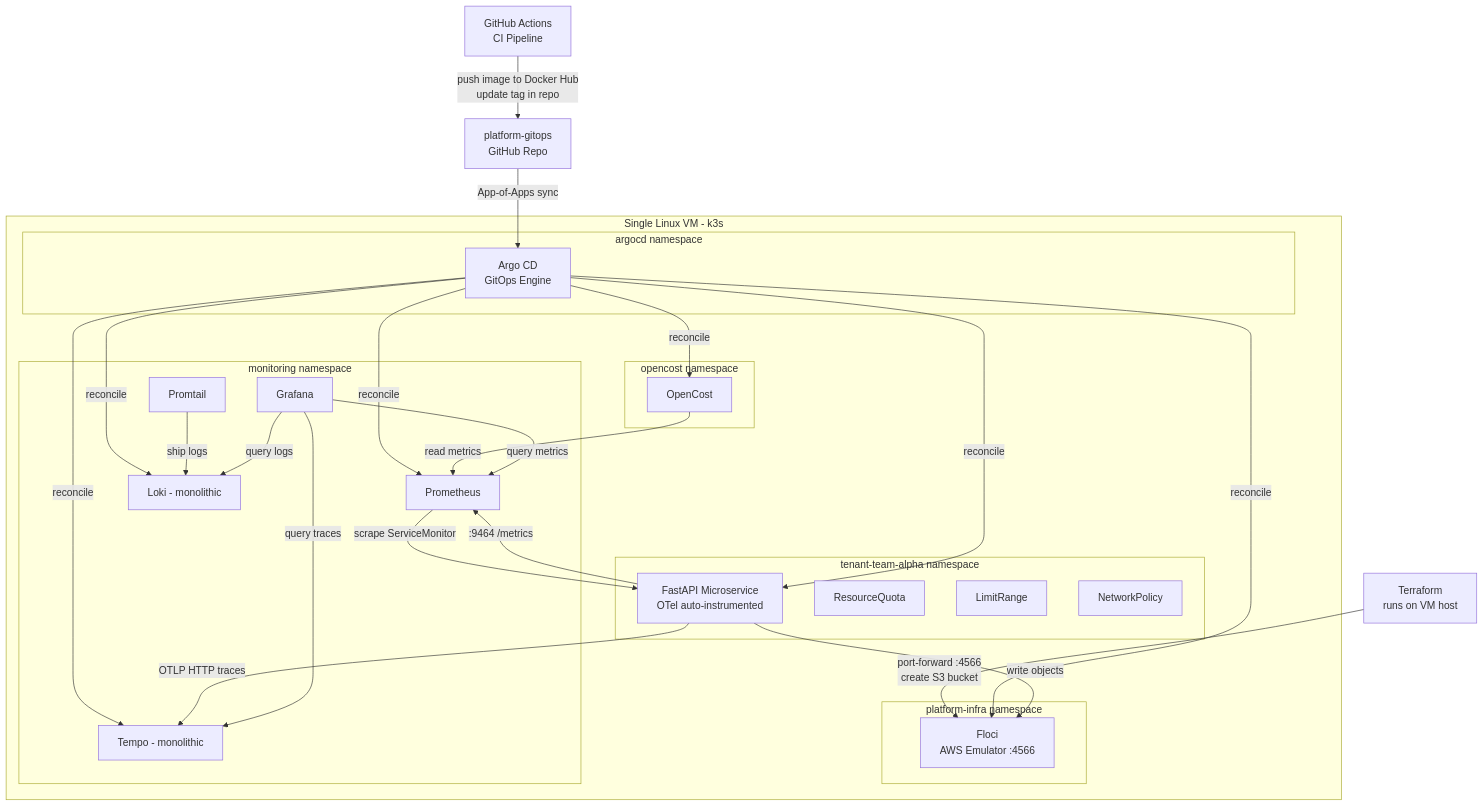
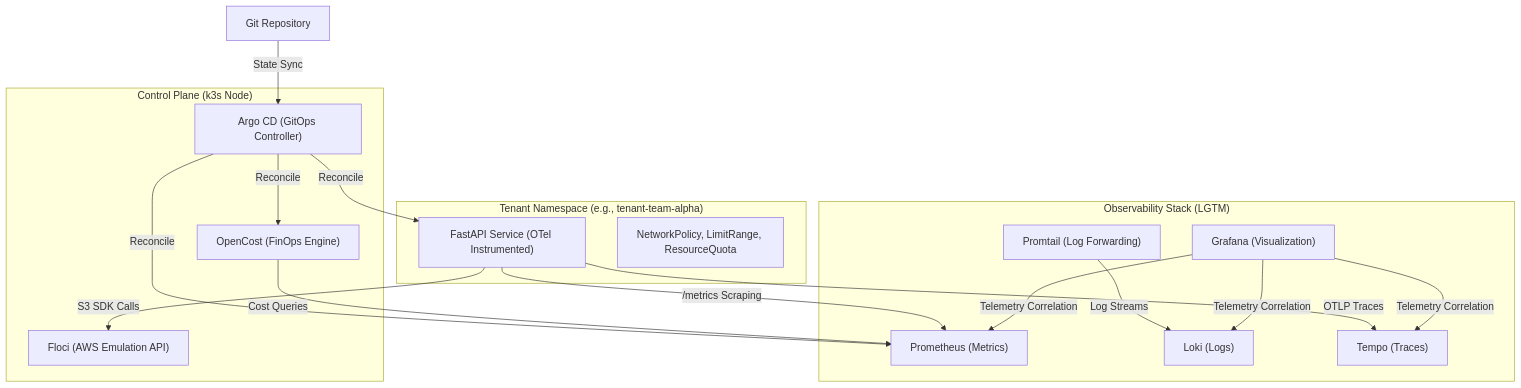
Before and after one commit to barbaria888/FrugalZeus: the diagram in README.md, drawn with Mermaid. The commit also changed other lines of this file and 14 other files, not shown here.

````diff
--- a/README.md
+++ b/README.md
@@ -49,46 +13,34 @@
 ```mermaid
 graph TB
-    subgraph "Single Linux VM - k3s"
-        subgraph "argocd namespace"
-            ArgoCD["Argo CD<br/>GitOps Engine"]
-        end
-        subgraph "platform-infra namespace"
-            Floci["Floci<br/>AWS Emulator :4566"]
-        end
-        subgraph "monitoring namespace"
-            Prom["Prometheus"]
-            Grafana["Grafana"]
-            Loki["Loki - monolithic"]
-            Tempo["Tempo - monolithic"]
-            Promtail["Promtail"]
-        end
-        subgraph "opencost namespace"
-            OC["OpenCost"]
-        end
-        subgraph "tenant-team-alpha namespace"
-            App["FastAPI Microservice<br/>OTel auto-instrumented"]
-            Quota["ResourceQuota"]
-            Limits["LimitRange"]
-            NetPol["NetworkPolicy"]
-        end
+    subgraph "Control Plane (k3s Node)"
+        ArgoCD["Argo CD (GitOps Controller)"]
+        Floci["Floci (AWS Emulation API)"]
+        OC["OpenCost (FinOps Engine)"]
     end
 
-    TF["Terraform<br/>runs on VM host"] -->|"port-forward :4566<br/>create S3 bucket"| Floci
-    GH["GitHub Actions<br/>CI Pipeline"] -->|"push image to Docker Hub<br/>update tag in repo"| GitRepo["platform-gitops<br/>GitHub Repo"]
-    GitRepo -->|"App-of-Apps sync"| ArgoCD
-    ArgoCD -->|"reconcile"| Floci
-    ArgoCD -->|"reconcile"| Prom
-    ArgoCD -->|"reconcile"| Loki
-    ArgoCD -->|"reconcile"| Tempo
-    ArgoCD -->|"reconcile"| OC
-    ArgoCD -->|"reconcile"| App
-    App -->|"write objects"| Floci
-    App -->|"OTLP HTTP traces"| Tempo
-    App -->|":9464 /metrics"| Prom
-    Prom -->|"scrape ServiceMonitor"| App
-    Promtail -->|"ship logs"| Loki
-    OC -->|"read metrics"| Prom
-    Grafana -->|"query metrics"| Prom
-    Grafana -->|"query logs"| Loki
-    Grafana -->|"query traces"| Tempo
+    subgraph "Observability Stack (LGTM)"
+        Prom["Prometheus (Metrics)"]
+        Loki["Loki (Logs)"]
+        Tempo["Tempo (Traces)"]
+        Grafana["Grafana (Visualization)"]
+        Promtail["Promtail (Log Forwarding)"]
+    end
+
+    subgraph "Tenant Namespace (e.g., tenant-team-alpha)"
+        App["FastAPI Service (OTel Instrumented)"]
+        Guardrails["NetworkPolicy, LimitRange, ResourceQuota"]
+    end
+
+    GitRepo["Git Repository"] -->|"State Sync"| ArgoCD
+    ArgoCD -->|"Reconcile"| App
+    ArgoCD -->|"Reconcile"| Prom
+    ArgoCD -->|"Reconcile"| OC
+
+    App -->|"OTLP Traces"| Tempo
+    App -->|"/metrics Scraping"| Prom
+    Promtail -->|"Log Streams"| Loki
+
+    OC -->|"Cost Queries"| Prom
+    Grafana -->|"Telemetry Correlation"| Prom & Loki & Tempo
+    App -->|"S3 SDK Calls"| Floci
 ```
````
